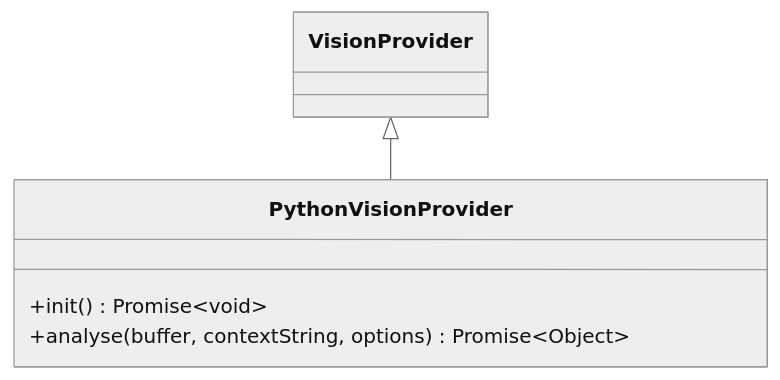
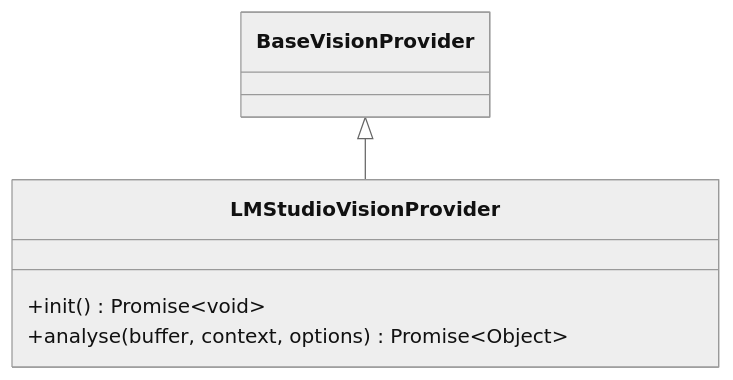
Diagram 12 of 36 in docs/SERVER_DOCS.md (DrMarcoGilardi/BRANI-360), drawn with Mermaid (neutral theme) before and after one commit. The commit also changed other lines of this file and 2 other files, not shown here.

````diff
--- a/docs/SERVER_DOCS.md
+++ b/docs/SERVER_DOCS.md
@@ -228,8 +228,8 @@
 ```mermaid
 classDiagram
-VisionProvider <|-- PythonVisionProvider
-class PythonVisionProvider{
+BaseVisionProvider <|-- LMStudioVisionProvider
+class LMStudioVisionProvider{
 +init() Promise~void~
-+analyse(buffer, contextString, options) Promise~Object~
++analyse(buffer, context, options) Promise~Object~
 }
 ```
````
